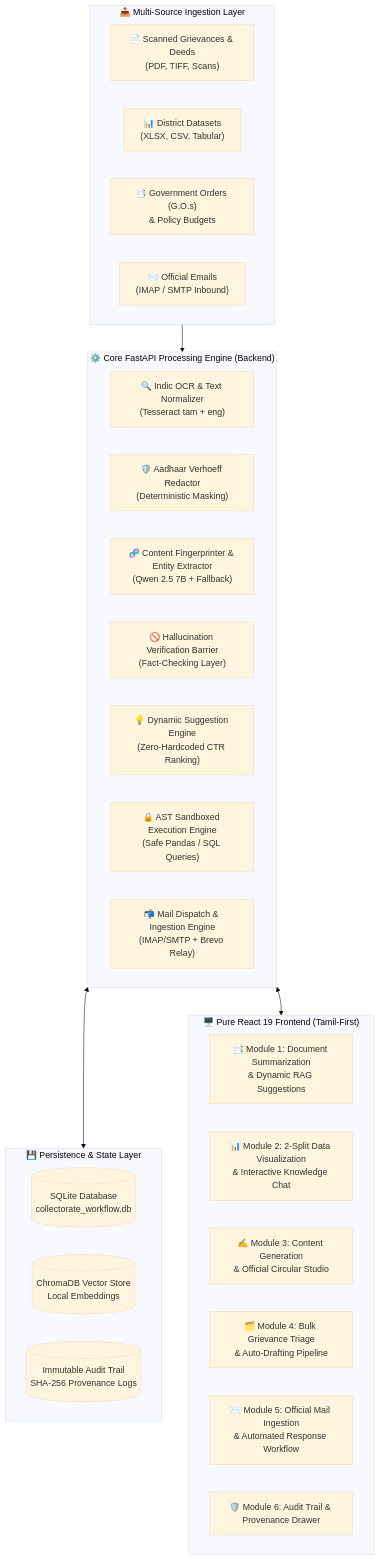
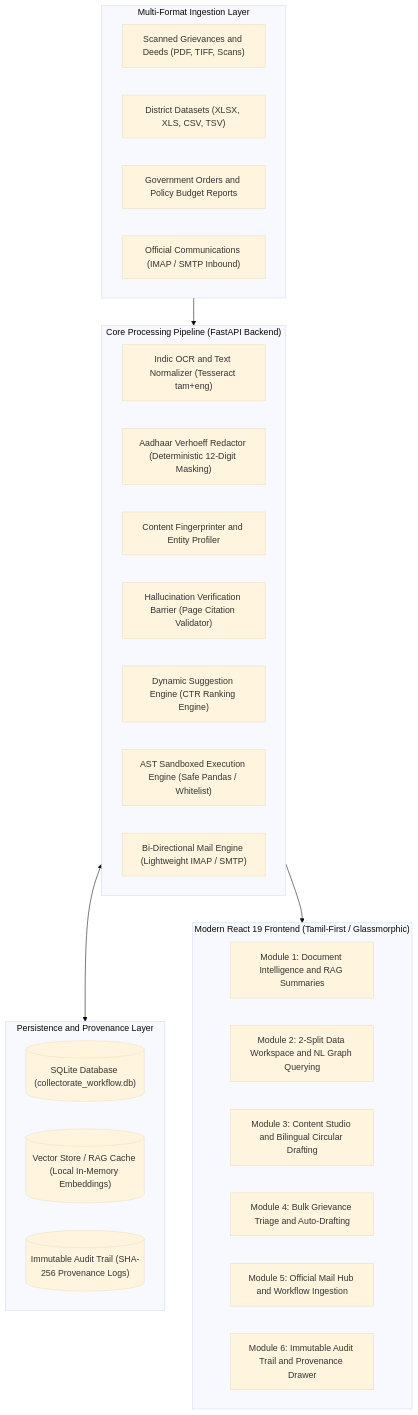
Before and after one commit to naveencmy/erode-kural-poc: the diagram in README.md, drawn with Mermaid (base theme). The commit also changed other lines of this file and 5 other files, not shown here.

````diff
--- a/README.md
+++ b/README.md
@@ -25,38 +68,38 @@
 ```mermaid
-flowchart TB
-    subgraph Inputs["📥 Multi-Source Ingestion Layer"]
-        A1["📄 Scanned Grievances & Deeds<br/>(PDF, TIFF, Scans)"]
-        A2["📊 District Datasets<br/>(XLSX, CSV, Tabular)"]
-        A3["📑 Government Orders (G.O.s)<br/>& Policy Budgets"]
-        A4["✉️ Official Emails<br/>(IMAP / SMTP Inbound)"]
+graph TD
+    subgraph Ingestion_Layer ["Multi-Format Ingestion Layer"]
+        A1["Scanned Grievances and Deeds (PDF, TIFF, Scans)"]
+        A2["District Datasets (XLSX, XLS, CSV, TSV)"]
+        A3["Government Orders and Policy Budget Reports"]
+        A4["Official Communications (IMAP / SMTP Inbound)"]
     end
 
-    subgraph Core["⚙️ Core FastAPI Processing Engine (Backend)"]
-        B1["🔍 Indic OCR & Text Normalizer<br/>(Tesseract tam + eng)"]
-        B2["🛡️ Aadhaar Verhoeff Redactor<br/>(Deterministic Masking)"]
-        B3["🧬 Content Fingerprinter & Entity Extractor<br/>(Qwen 2.5 7B + Fallback)"]
-        B4["🚫 Hallucination Verification Barrier<br/>(Fact-Checking Layer)"]
-        B5["💡 Dynamic Suggestion Engine<br/>(Zero-Hardcoded CTR Ranking)"]
-        B6["🔒 AST Sandboxed Execution Engine<br/>(Safe Pandas / SQL Queries)"]
-        B7["📬 Mail Dispatch & Ingestion Engine<br/>(IMAP/SMTP + Brevo Relay)"]
+    subgraph Core_Engine ["Core Processing Pipeline (FastAPI Backend)"]
+        B1["Indic OCR and Text Normalizer (Tesseract tam+eng)"]
+        B2["Aadhaar Verhoeff Redactor (Deterministic 12-Digit Masking)"]
+        B3["Content Fingerprinter and Entity Profiler"]
+        B4["Hallucination Verification Barrier (Page Citation Validator)"]
+        B5["Dynamic Suggestion Engine (CTR Ranking Engine)"]
+        B6["AST Sandboxed Execution Engine (Safe Pandas / Whitelist)"]
+        B7["Bi-Directional Mail Engine (Lightweight IMAP / SMTP)"]
     end
 
-    subgraph Storage["💾 Persistence & State Layer"]
-        C1[("SQLite Database<br/>collectorate_workflow.db")]
-        C2[("ChromaDB Vector Store<br/>Local Embeddings")]
-        C3[("Immutable Audit Trail<br/>SHA-256 Provenance Logs")]
+    subgraph Storage_Layer ["Persistence and Provenance Layer"]
+        C1[("SQLite Database (collectorate_workflow.db)")]
+        C2[("Vector Store / RAG Cache (Local In-Memory Embeddings)")]
+        C3[("Immutable Audit Trail (SHA-256 Provenance Logs)")]
     end
 
-    subgraph UI["🖥️ Pure React 19 Frontend (Tamil-First)"]
-        D1["📑 Module 1: Document Summarization<br/>& Dynamic RAG Suggestions"]
-        D2["📊 Module 2: 2-Split Data Visualization<br/>& Interactive Knowledge Chat"]
-        D3["✍️ Module 3: Content Generation<br/>& Official Circular Studio"]
-        D4["🗂️ Module 4: Bulk Grievance Triage<br/>& Auto-Drafting Pipeline"]
-        D5["✉️ Module 5: Official Mail Ingestion<br/>& Automated Response Workflow"]
-        D6["🛡️ Module 6: Audit Trail & Provenance Drawer"]
+    subgraph Presentation_Layer ["Modern React 19 Frontend (Tamil-First / Glassmorphic)"]
+        D1["Module 1: Document Intelligence and RAG Summaries"]
+        D2["Module 2: 2-Split Data Workspace and NL Graph Querying"]
+        D3["Module 3: Content Studio and Bilingual Circular Drafting"]
+        D4["Module 4: Bulk Grievance Triage and Auto-Drafting"]
+        D5["Module 5: Official Mail Hub and Workflow Ingestion"]
+        D6["Module 6: Immutable Audit Trail and Provenance Drawer"]
     end
 
-    Inputs --> Core
-    Core <--> Storage
-    Core <--> UI
+    Ingestion_Layer --> Core_Engine
+    Core_Engine <--> Storage_Layer
+    Core_Engine --> Presentation_Layer
 ```
````
